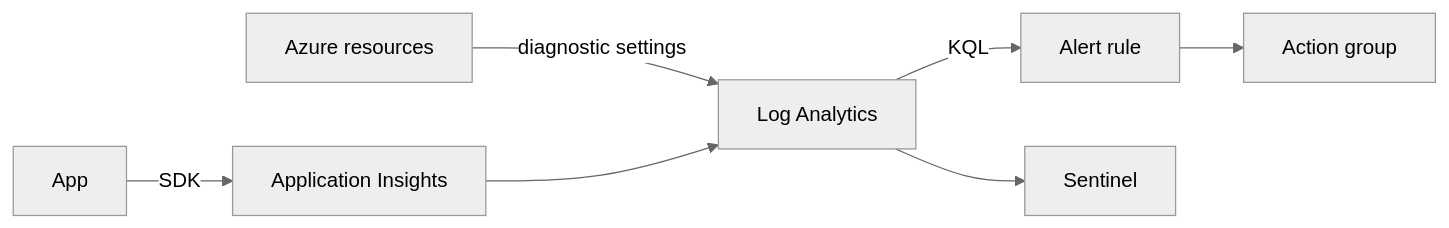
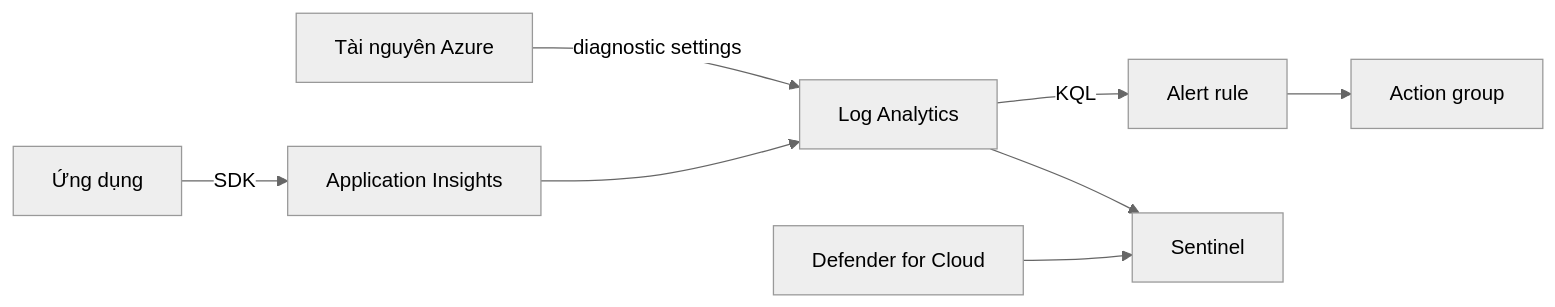
Before and after one commit to passion-Infinity/personal-tech-playbook: the diagram in src/assets/knowledge/playbooks/azure/azure-monitor-security.md, drawn with Mermaid (neutral theme). The commit also changed other lines of this file and 3 other files, not shown here.

````diff
--- a/src/assets/knowledge/playbooks/azure/azure-monitor-security.md
+++ b/src/assets/knowledge/playbooks/azure/azure-monitor-security.md
@@ -19,9 +36,10 @@
 ```mermaid
 flowchart LR
-    R[Azure resources] -->|diagnostic settings| LA[Log Analytics]
-    APP[App] -->|SDK| AI[Application Insights]
+    R["Tài nguyên Azure"] -->|"diagnostic settings"| LA["Log Analytics"]
+    APP["Ứng dụng"] -->|SDK| AI["Application Insights"]
     AI --> LA
-    LA -->|KQL| AL[Alert rule]
-    AL --> AG[Action group]
-    LA --> SEN[Sentinel]
+    LA -->|"KQL"| AL["Alert rule"]
+    AL --> AG["Action group"]
+    LA --> SEN["Sentinel"]
+    DC["Defender for Cloud"] --> SEN
 ```
````
